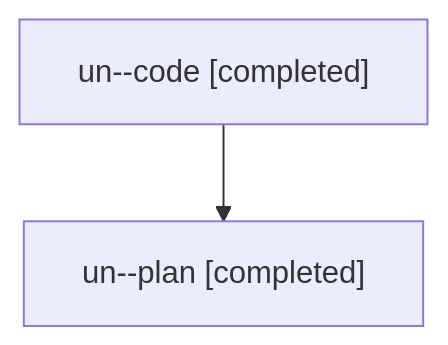
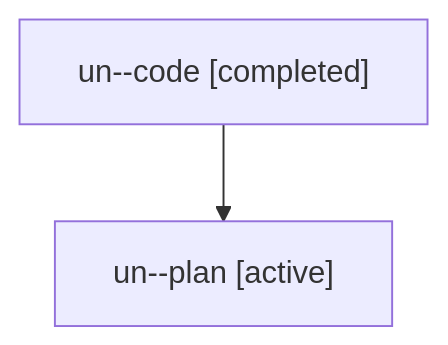
One commit to sase-org/sase--agents changed the diagram in families/bbugyi200.athena.un.md. Above: the diagram before and after it, drawn with Mermaid. The commit also changed other lines of this file and 4556 other files, not shown here.

````diff
--- a/families/bbugyi200.athena.un.md
+++ b/families/bbugyi200.athena.un.md
@@ -9,6 +9,6 @@
 ```mermaid
 flowchart TD
   n0["un--code [completed]"]
-  n1["un--plan [completed]"]
+  n1["un--plan [active]"]
   n0 --> n1
 ```
````
